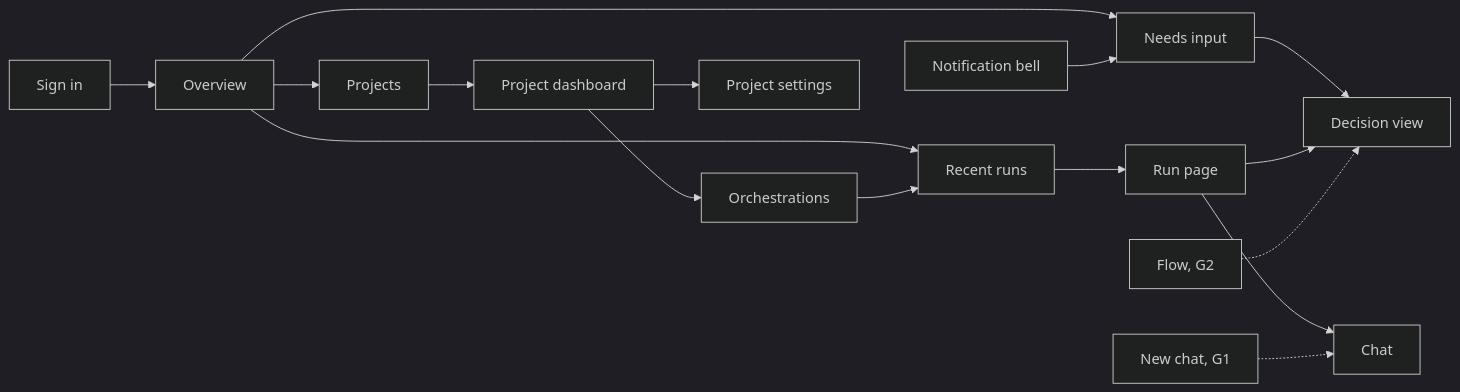
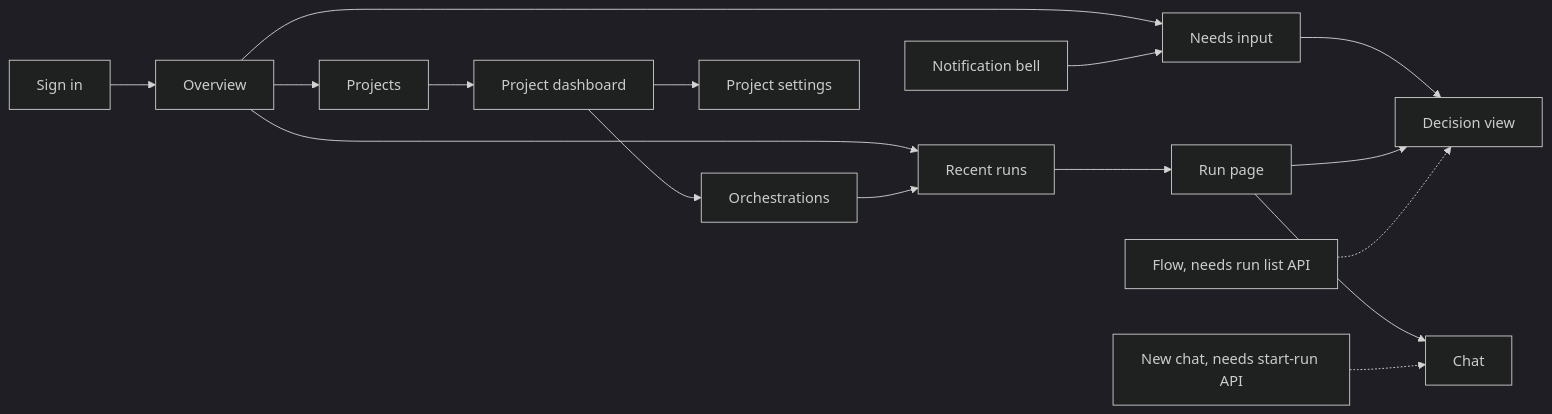
One commit to sabbour/agentweaver changed the diagram in docs/reference/web-ui-parity.md. Above: the diagram before and after it, drawn with Mermaid (dark theme). The commit also changed other lines of this file and 47 other files, not shown here.

````diff
--- a/docs/reference/web-ui-parity.md
+++ b/docs/reference/web-ui-parity.md
@@ -39,18 +36,18 @@
 ```mermaid
 flowchart LR
   signin[Sign in] --> overview[Overview]
   overview --> projects[Projects]
   overview --> recent[Recent runs]
   overview --> attention[Needs input]
   bell[Notification bell] --> attention
   projects --> dashboard[Project dashboard]
   dashboard --> orch[Orchestrations]
   orch --> recent
   recent --> run[Run page]
   attention --> decision[Decision view]
   run --> decision
   run --> chat[Chat]
-  newchat[New chat, G1] -.-> chat
-  flow[Flow, G2] -.-> decision
+  newchat[New chat, needs start-run API] -.-> chat
+  flow[Flow, needs run list API] -.-> decision
   dashboard --> settings[Project settings]
 ```
````
